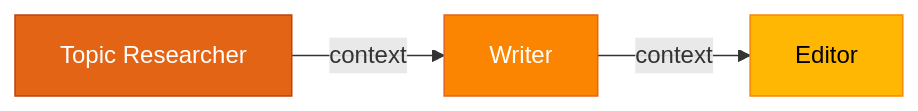
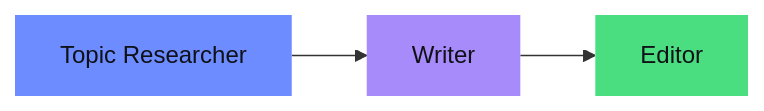
One commit to mj-deving/crewai-n8n-bridge changed the fourth of 6 diagrams in README.md. Above: the diagram before and after it, drawn with Mermaid. The commit also changed other lines of this file, not shown here.

First line of the commit message:
docs: README rewrite — English, fixed mermaid, managed-agent-poc style

````diff
--- a/README.md
+++ b/README.md
@@ -113,7 +85,8 @@
 ```mermaid
 flowchart LR
-    T1[Topic Researcher] -->|context| T2[Writer] -->|context| T3[Editor]
-    style T1 fill:#e36414,stroke:#c2410c,color:#fff
-    style T2 fill:#fb8500,stroke:#e36414,color:#fff
-    style T3 fill:#ffb703,stroke:#fb8500,color:#000
+    T1["Topic Researcher"] --> T2["Writer"] --> T3["Editor"]
+
+    style T1 fill:#6c8cff,color:#0f1117,stroke:none
+    style T2 fill:#a78bfa,color:#0f1117,stroke:none
+    style T3 fill:#4ade80,color:#0f1117,stroke:none
 ```
````
